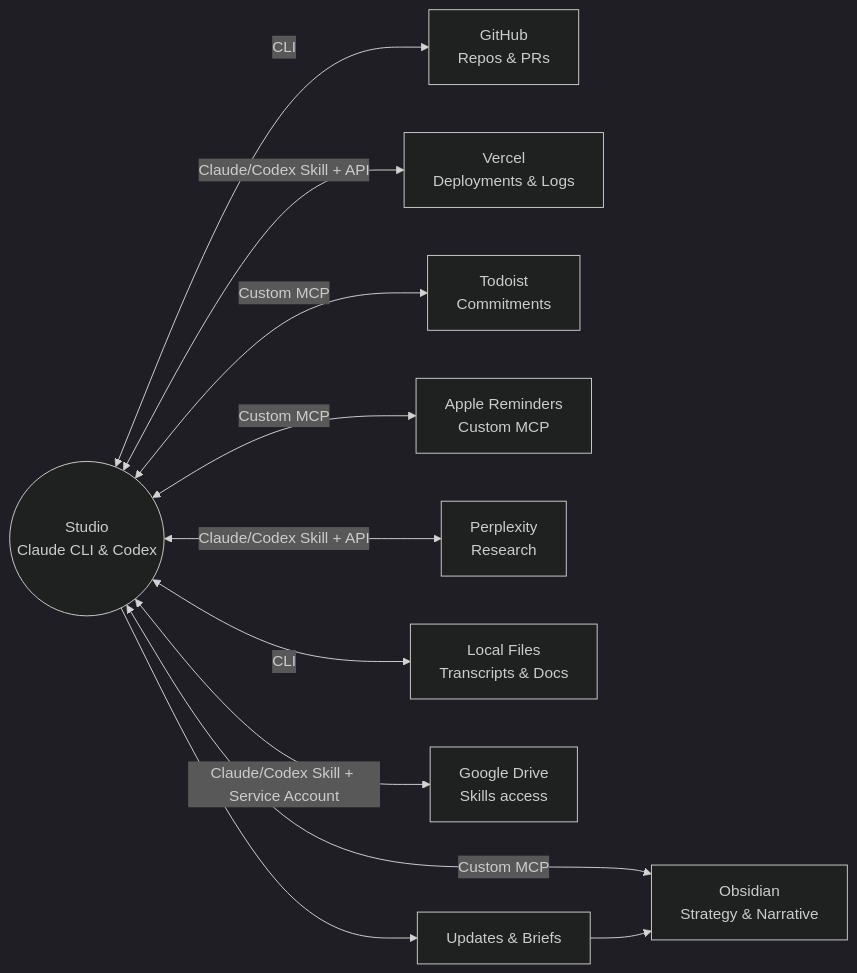
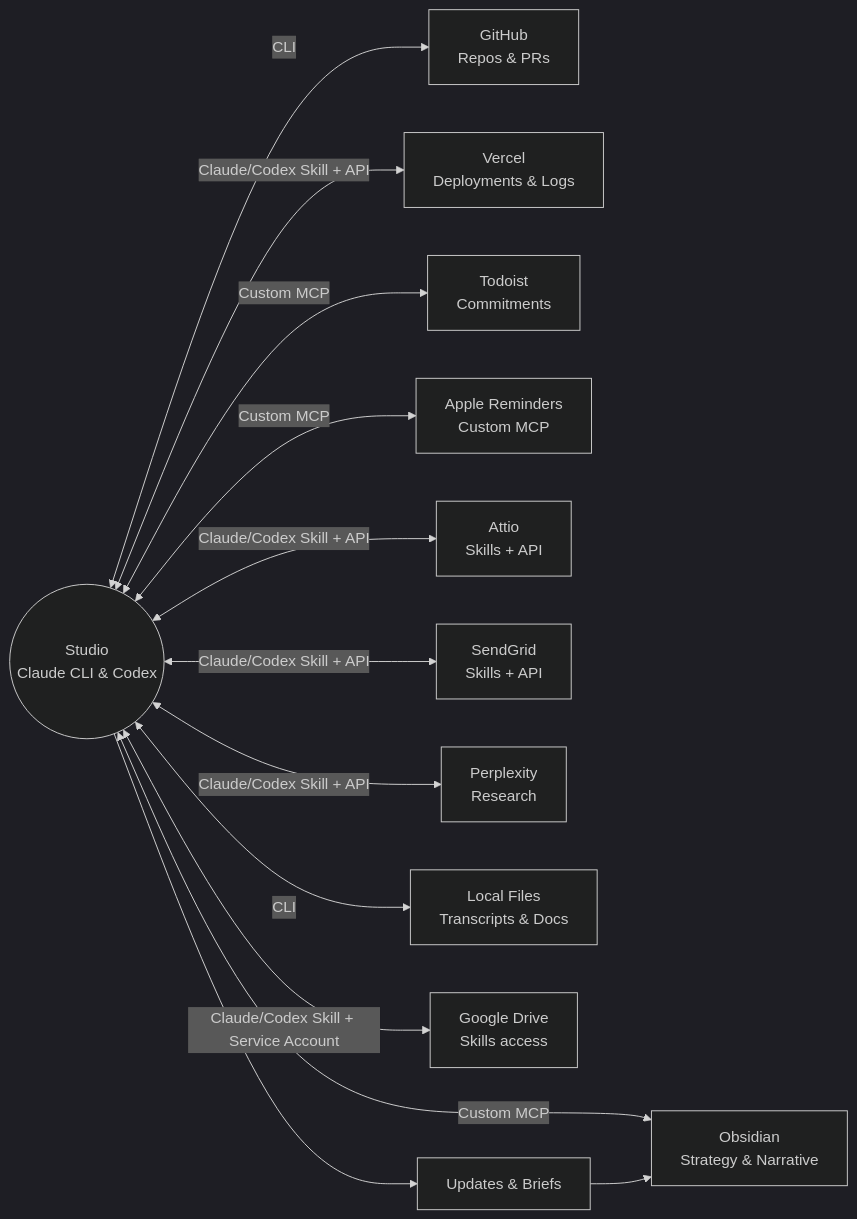
Before and after one commit to dbmcco/dbmcco.github.io: the diagram in _posts/2025-11-05-building-an-ai-studio.md, drawn with Mermaid (dark theme). The commit also changed other lines of this file, not shown here.

Commit message:
Refine narrative and extend studio integrations

```diff
--- a/_posts/2025-11-05-building-an-ai-studio.md
+++ b/_posts/2025-11-05-building-an-ai-studio.md
@@ -92,24 +92,28 @@
   <div class="mermaid">
 flowchart LR
     Studio((Studio<br/>Claude CLI &amp; Codex))
     Obsidian["Obsidian<br/>Strategy &amp; Narrative"]
     GitHub["GitHub<br/>Repos &amp; PRs"]
     Vercel["Vercel<br/>Deployments &amp; Logs"]
     Todoist["Todoist<br/>Commitments"]
     Reminders["Apple Reminders<br/>Custom MCP"]
+    Attio["Attio<br/>Skills + API"]
+    SendGrid["SendGrid<br/>Skills + API"]
     Perplexity["Perplexity<br/>Research"]
     Local["Local Files<br/>Transcripts &amp; Docs"]
     Drive["Google Drive<br/>Skills access"]
     ReturnLoop["Updates &amp; Briefs"]
 
     Studio <-->|Custom MCP| Obsidian
     Studio <-->|CLI| GitHub
     Studio <-->|Claude/Codex Skill + API| Vercel
     Studio <-->|Custom MCP| Todoist
     Studio <-->|Custom MCP| Reminders
+    Studio <-->|Claude/Codex Skill + API| Attio
+    Studio <-->|Claude/Codex Skill + API| SendGrid
     Studio <-->|Claude/Codex Skill + API| Perplexity
     Studio <-->|CLI| Local
     Studio <-->|Claude/Codex Skill + Service Account| Drive
     Studio --> ReturnLoop
     ReturnLoop --> Obsidian
   </div>
```
